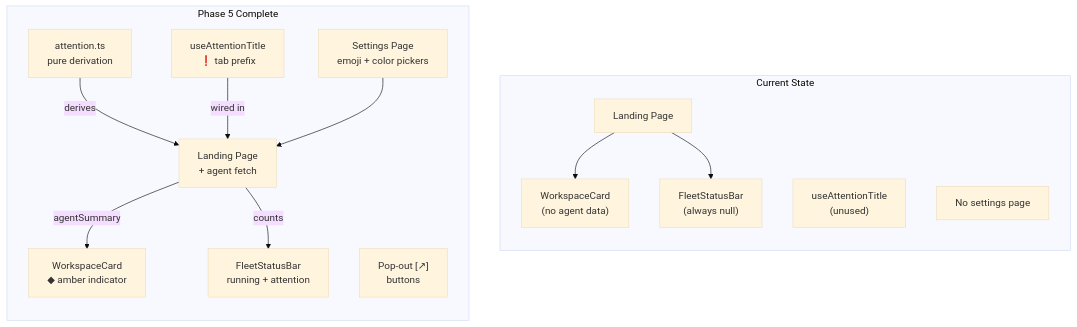
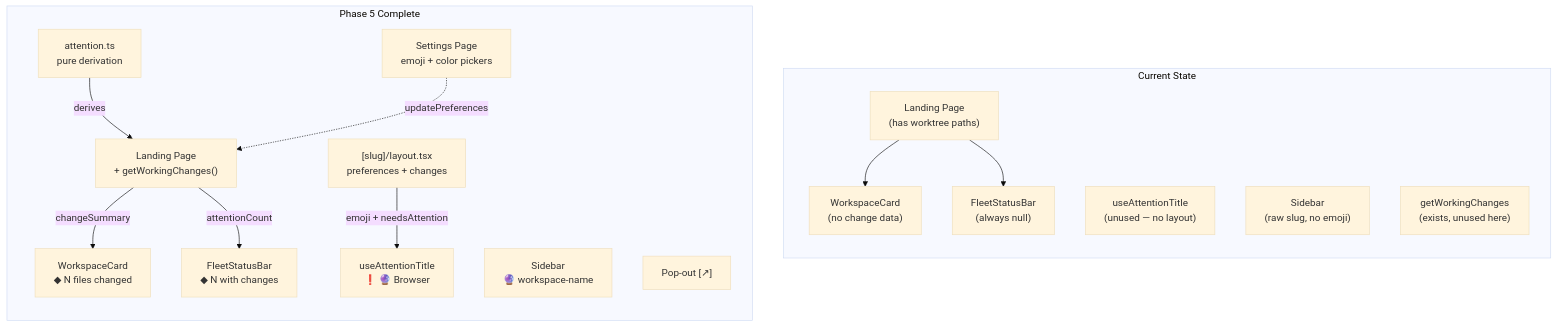
Before and after one commit to AI-Substrate/chainglass: the second of 2 diagrams in docs/plans/041-file-browser/tasks/phase-5-attention-system-polish/tasks.fltplan.md, drawn with Mermaid (base theme). The commit also changed other lines of this file and 17 other files, not shown here.

First line of the commit message:
Plan 041 Phase 5: Attention system, workspace context, settings page, pickers

````diff
--- a/docs/plans/041-file-browser/tasks/phase-5-attention-system-polish/tasks.fltplan.md
+++ b/docs/plans/041-file-browser/tasks/phase-5-attention-system-polish/tasks.fltplan.md
@@ -77,31 +81,34 @@
 ```mermaid
 flowchart TB
     subgraph Before["Current State"]
         direction TB
-        LP1["Landing Page"]
-        WC1["WorkspaceCard<br/>(no agent data)"]
+        LP1["Landing Page<br/>(has worktree paths)"]
+        WC1["WorkspaceCard<br/>(no change data)"]
         FSB1["FleetStatusBar<br/>(always null)"]
-        UAT1["useAttentionTitle<br/>(unused)"]
-        NoSettings["No settings page"]
+        UAT1["useAttentionTitle<br/>(unused — no layout)"]
+        SB1["Sidebar<br/>(raw slug, no emoji)"]
+        GWC1["getWorkingChanges<br/>(exists, unused here)"]
 
         LP1 --> WC1
         LP1 --> FSB1
     end
 
     subgraph After["Phase 5 Complete"]
         direction TB
-        LP2["Landing Page<br/>+ agent fetch"]
-        WC2["WorkspaceCard<br/>◆ amber indicator"]
-        FSB2["FleetStatusBar<br/>running + attention"]
-        UAT2["useAttentionTitle<br/>❗ tab prefix"]
+        LP2["Landing Page<br/>+ getWorkingChanges()"]
+        WC2["WorkspaceCard<br/>◆ N files changed"]
+        FSB2["FleetStatusBar<br/>◆ N with changes"]
+        UAT2["useAttentionTitle<br/>❗ 🔮 Browser"]
+        WL["[slug]/layout.tsx<br/>preferences + changes"]
+        SB2["Sidebar<br/>🔮 workspace-name"]
         AD["attention.ts<br/>pure derivation"]
         SP["Settings Page<br/>emoji + color pickers"]
-        PO["Pop-out [↗]<br/>buttons"]
+        PO["Pop-out [↗]"]
 
-        LP2 -->|"agentSummary"| WC2
-        LP2 -->|"counts"| FSB2
         AD -->|"derives"| LP2
-        UAT2 -->|"wired in"| LP2
-        SP --> LP2
+        LP2 -->|"changeSummary"| WC2
+        LP2 -->|"attentionCount"| FSB2
+        WL -->|"emoji + needsAttention"| UAT2
+        SP -.->|"updatePreferences"| LP2
     end
 ```
````
